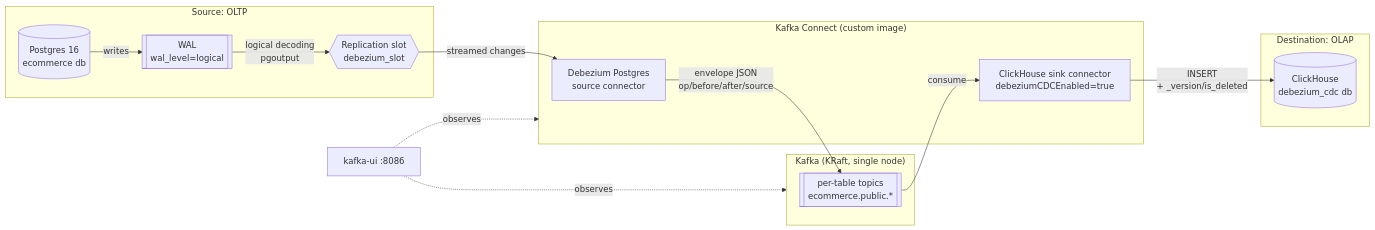
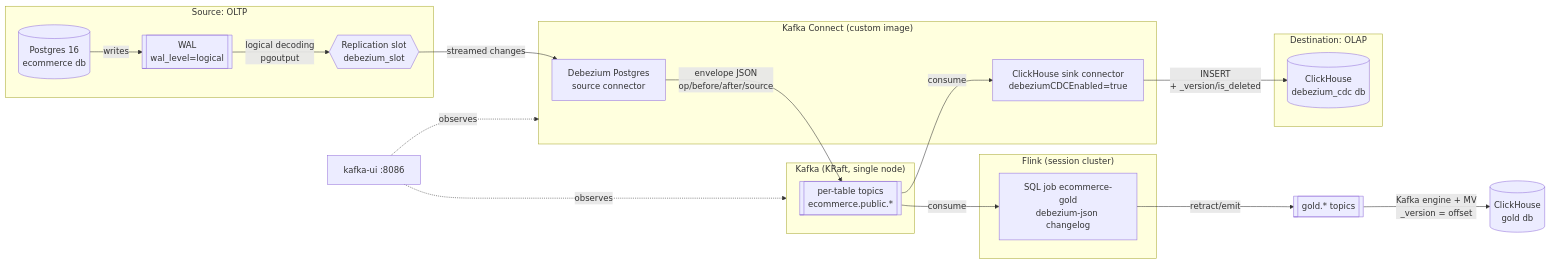
The diagram in README.md (salbifaza/stream-debezium-kafka), drawn with Mermaid before and after one commit. The commit also changed other lines of this file and 11 other files, not shown here.

First line of the commit message:
Add streaming gold layer with Flink SQL

````diff
--- a/README.md
+++ b/README.md
@@ -182,31 +198,38 @@
 ```mermaid
 flowchart LR
     subgraph Source["Source: OLTP"]
         PG[(Postgres 16<br/>ecommerce db)]
         WAL[[WAL<br/>wal_level=logical]]
         SLOT{{Replication slot<br/>debezium_slot}}
         PG -- writes --> WAL
         WAL -- logical decoding<br/>pgoutput --> SLOT
     end
 
     subgraph Connect["Kafka Connect (custom image)"]
         SRC[Debezium Postgres<br/>source connector]
         SINK[ClickHouse sink connector<br/>debeziumCDCEnabled=true]
     end
 
     subgraph Broker["Kafka (KRaft, single node)"]
         TOPICS[[per-table topics<br/>ecommerce.public.*]]
     end
 
     subgraph Dest["Destination: OLAP"]
         CH[(ClickHouse<br/>debezium_cdc db)]
     end
 
+    subgraph Flink["Flink (session cluster)"]
+        JOB[SQL job ecommerce-gold<br/>debezium-json changelog]
+    end
+
     SLOT -- streamed changes --> SRC
     SRC -- envelope JSON<br/>op/before/after/source --> TOPICS
     TOPICS -- consume --> SINK
     SINK -- INSERT<br/>+ _version/is_deleted --> CH
+    TOPICS -- consume --> JOB
+    JOB -- retract/emit --> GOLDT[[gold.* topics]]
+    GOLDT -- Kafka engine + MV<br/>_version = offset --> GOLD[(ClickHouse<br/>gold db)]
 
     UI[kafka-ui :8086] -.observes.-> Broker
     UI -.observes.-> Connect
 ```
````
